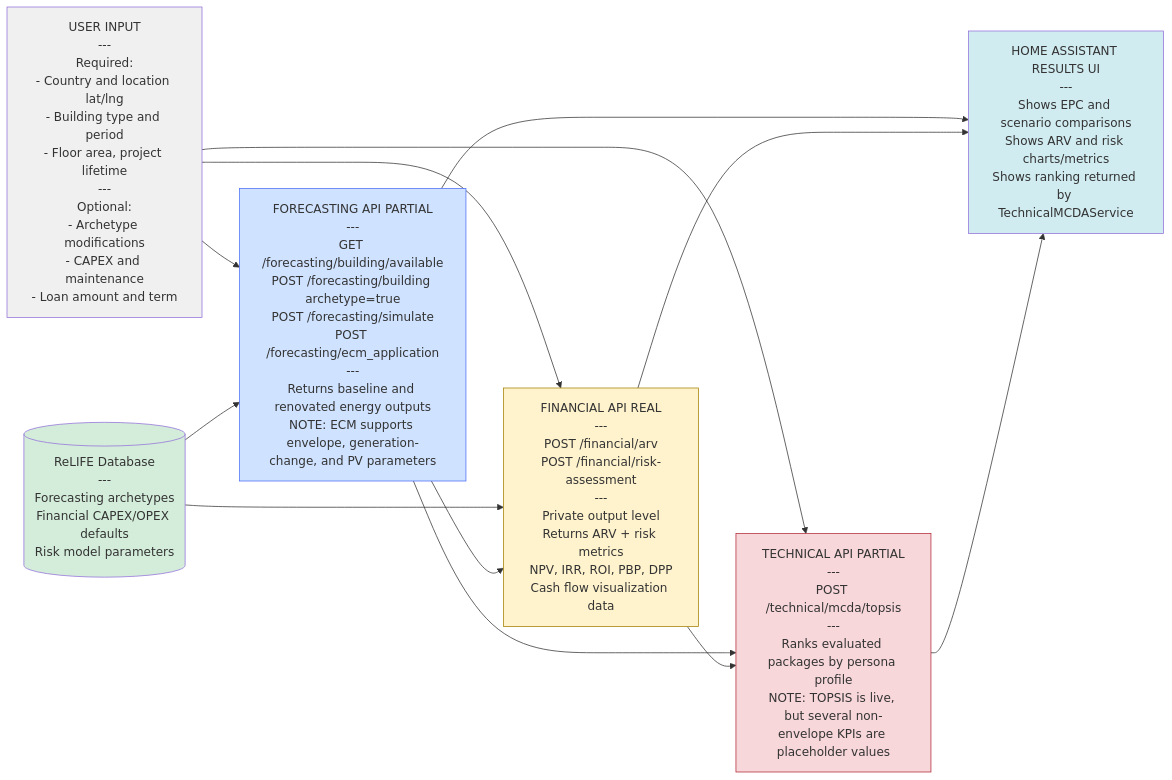
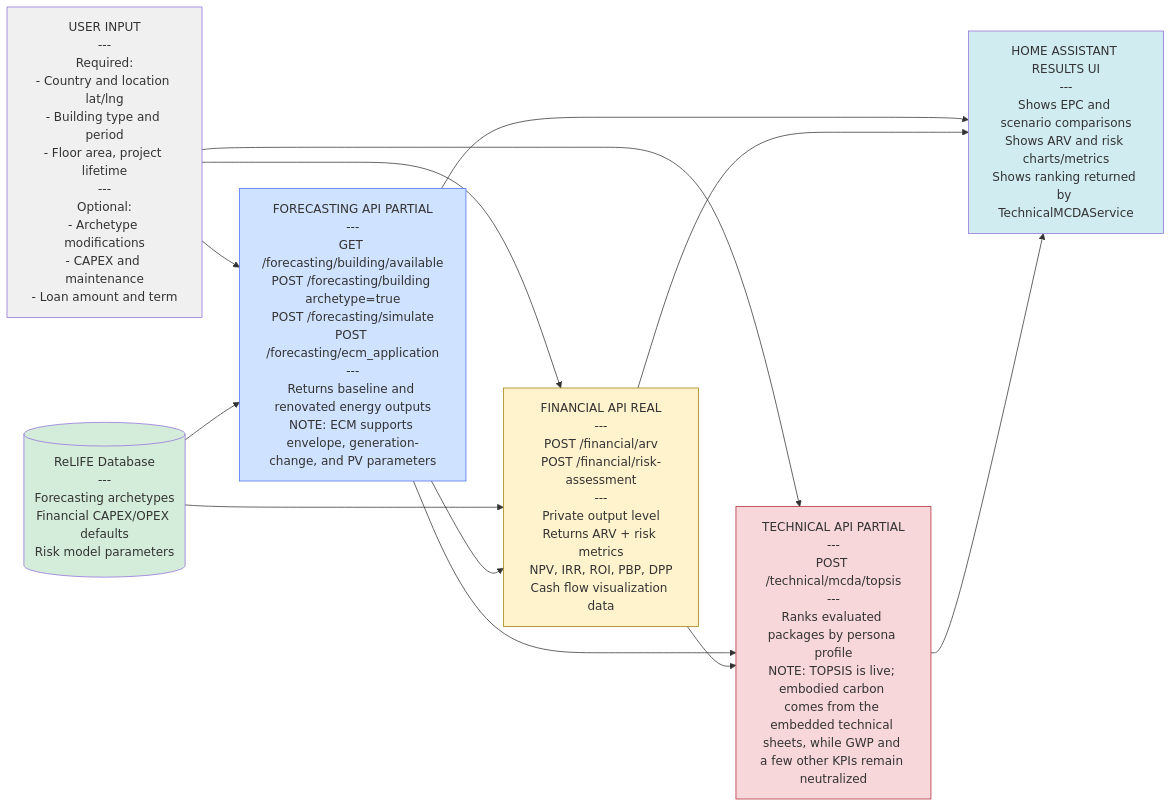
Before and after one commit to ReLIFE-Project-EU/relife-web-ui: the second of 6 diagrams in README.md, drawn with Mermaid. The commit also changed 16 other files, not shown here.

Commit message:
✨ Estimate material carbon and score it in the MCDA (closes #66)

````diff
--- a/README.md
+++ b/README.md
@@ -109,33 +109,33 @@
 ```mermaid
 flowchart LR
     UserInput["USER INPUT<br/>---<br/>Required:<br/>- Country and location lat/lng<br/>- Building type and period<br/>- Floor area, project lifetime<br/>---<br/>Optional:<br/>- Archetype modifications<br/>- CAPEX and maintenance<br/>- Loan amount and term"]
 
     DB[("ReLIFE Database<br/>---<br/>Forecasting archetypes<br/>Financial CAPEX/OPEX defaults<br/>Risk model parameters")]
 
     Forecasting["FORECASTING API PARTIAL<br/>---<br/>GET /forecasting/building/available<br/>POST /forecasting/building archetype=true<br/>POST /forecasting/simulate<br/>POST /forecasting/ecm_application<br/>---<br/>Returns baseline and renovated energy outputs<br/>NOTE: ECM supports envelope, generation-change, and PV parameters"]
 
     Financial["FINANCIAL API REAL<br/>---<br/>POST /financial/arv<br/>POST /financial/risk-assessment<br/>---<br/>Private output level<br/>Returns ARV + risk metrics<br/>NPV, IRR, ROI, PBP, DPP<br/>Cash flow visualization data"]
 
-    Technical["TECHNICAL API PARTIAL<br/>---<br/>POST /technical/mcda/topsis<br/>---<br/>Ranks evaluated packages by persona profile<br/>NOTE: TOPSIS is live, but several non-envelope KPIs are placeholder values"]
+    Technical["TECHNICAL API PARTIAL<br/>---<br/>POST /technical/mcda/topsis<br/>---<br/>Ranks evaluated packages by persona profile<br/>NOTE: TOPSIS is live; embodied carbon comes from the embedded technical sheets, while GWP and a few other KPIs remain neutralized"]
 
     Output["HOME ASSISTANT RESULTS UI<br/>---<br/>Shows EPC and scenario comparisons<br/>Shows ARV and risk charts/metrics<br/>Shows ranking returned by TechnicalMCDAService"]
 
     UserInput --> Forecasting
     DB --> Forecasting
     UserInput --> Financial
     DB --> Financial
     UserInput --> Technical
     Forecasting --> Financial
     Forecasting --> Output
     Financial --> Output
     Forecasting --> Technical
     Financial --> Technical
     Technical --> Output
 
     style UserInput fill:#f0f0f0
     style DB fill:#d4edda
     style Forecasting fill:#cfe2ff,stroke:#4c6ef5
     style Financial fill:#fff3cd,stroke:#a37f00
     style Technical fill:#f8d7da,stroke:#b02a37
     style Output fill:#d1ecf1
 ```
````
